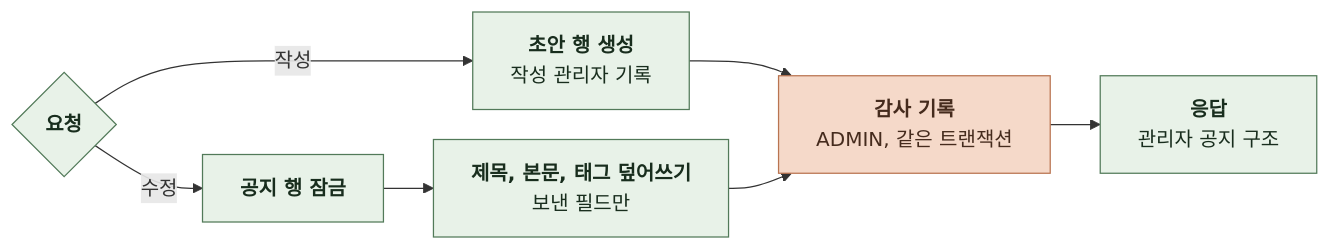
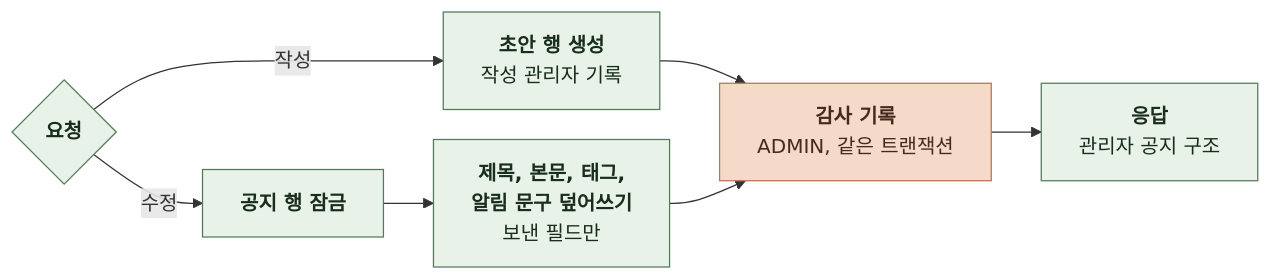
One commit to KIM-N-KANG/knk-harness changed the second of 6 diagrams in docs/domain/NOTICE/BACKEND/4-1-PIPELINES.md. Above: the diagram before and after it, drawn with Mermaid. The commit also changed other lines of this file and 16 other files, not shown here.

````diff
--- a/docs/domain/NOTICE/BACKEND/4-1-PIPELINES.md
+++ b/docs/domain/NOTICE/BACKEND/4-1-PIPELINES.md
@@ -46,18 +46,19 @@
 ```mermaid
 %%{init: {"flowchart": {"curve": "basis", "nodeSpacing": 24, "rankSpacing": 40}}}%%
 flowchart LR
     A{"`**요청**`"} -->|작성| B["`**초안 행 생성**
 작성 관리자 기록`"]
     A -->|수정| C["`**공지 행 잠금**`"]
-    C --> D["`**제목, 본문, 태그 덮어쓰기**
+    C --> D["`**제목, 본문, 태그,
+알림 문구 덮어쓰기**
 보낸 필드만`"]
     B --> E["`**감사 기록**
 ADMIN, 같은 트랜잭션`"]
     D --> E
     E --> F["`**응답**
 관리자 공지 구조`"]
     classDef comp fill:#E8F2E8,stroke:#527A59,color:#182D1D
     classDef task fill:#F5D9C9,stroke:#B97450,color:#452B1D
     class A,B,C,D,F comp
     class E task
 ```
````
